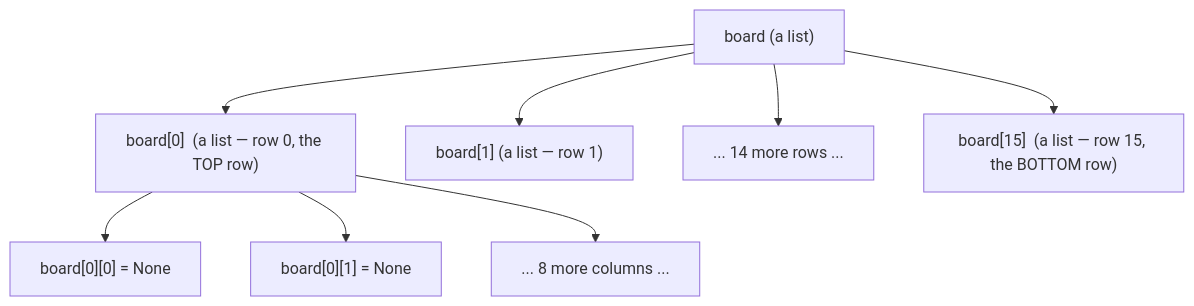
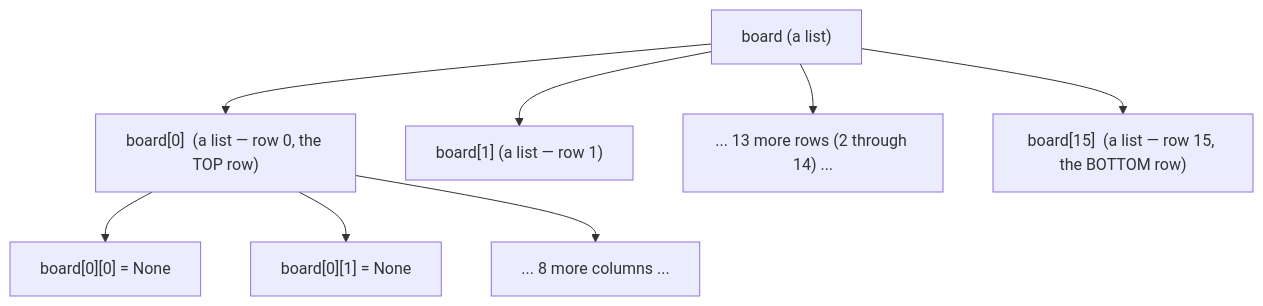
One commit to olumuyiwaoluwasanmi-codepath/Comp163Projects changed the second of 12 diagrams in turtle_tetris/SPEC.md. Above: the diagram before and after it, drawn with Mermaid. The commit also changed other lines of this file and 3 other files, not shown here.

````diff
--- a/turtle_tetris/SPEC.md
+++ b/turtle_tetris/SPEC.md
@@ -81,10 +82,10 @@
 ```mermaid
 flowchart TD
     B["board (a list)"] --> R0["board[0]  (a list — row 0, the TOP row)"]
     B --> R1["board[1]  (a list — row 1)"]
-    B --> Rdots["... 14 more rows ..."]
+    B --> Rdots["... 13 more rows (2 through 14) ..."]
     B --> R15["board[15]  (a list — row 15, the BOTTOM row)"]
     R0 --> C0["board[0][0] = None"]
     R0 --> C1["board[0][1] = None"]
     R0 --> Cdots["... 8 more columns ..."]
 ```
````
